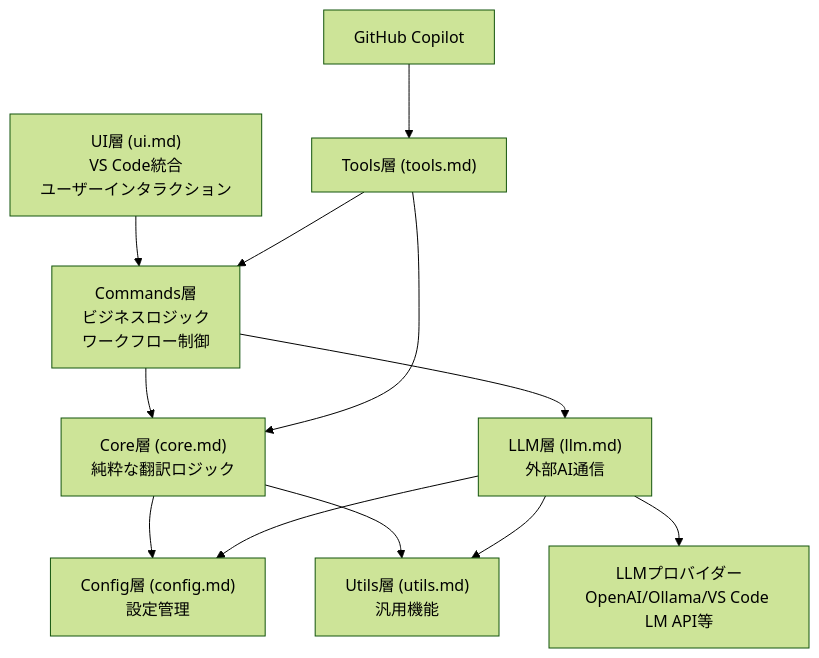
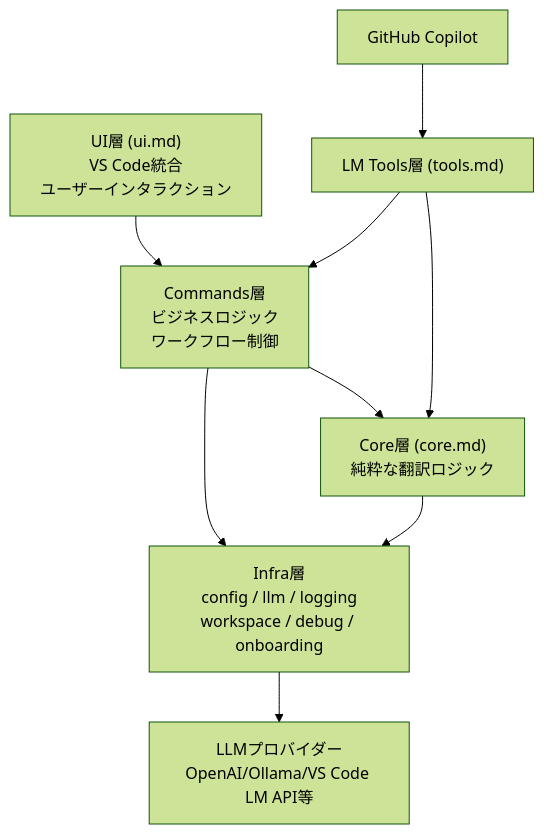
One commit to mochimochiki/mdait changed the first of 2 diagrams in docs/architecture.md. Above: the diagram before and after it, drawn with Mermaid (forest theme). The commit also changed other lines of this file and 277 other files, not shown here.

````diff
--- a/docs/architecture.md
+++ b/docs/architecture.md
@@ -23,24 +23,19 @@
 ```mermaid
 graph TD
     UI["UI層 (ui.md)<br/>VS Code統合<br/>ユーザーインタラクション"]
     Commands["Commands層<br/>ビジネスロジック<br/>ワークフロー制御"]
     Core["Core層 (core.md)<br/>純粋な翻訳ロジック"]
-    LLM["LLM層 (llm.md)<br/>外部AI通信"]
-    Config["Config層 (config.md)<br/>設定管理"]
-    Utils["Utils層 (utils.md)<br/>汎用機能"]
-    Tools["Tools層 (tools.md)"]
+    Infra["Infra層<br/>config / llm / logging<br/>workspace / debug / onboarding"]
+    Tools["LM Tools層 (tools.md)"]
     Copilot["GitHub Copilot"]
     LLMModels["LLMプロバイダー<br/>OpenAI/Ollama/VS Code LM API等"]
     
     UI --> Commands
     Commands --> Core
-    Commands --> LLM
-    Core --> Config
-    Core --> Utils
-    LLM --> Config
-    LLM --> Utils
-    LLM --> LLMModels
+    Commands --> Infra
+    Core --> Infra
+    Infra --> LLMModels
     Tools --> Commands
     Tools --> Core
     Copilot --> Tools
 ```
````
